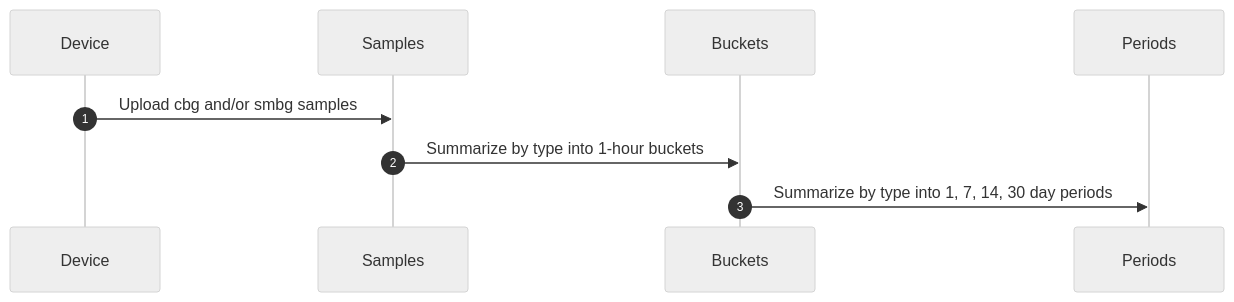
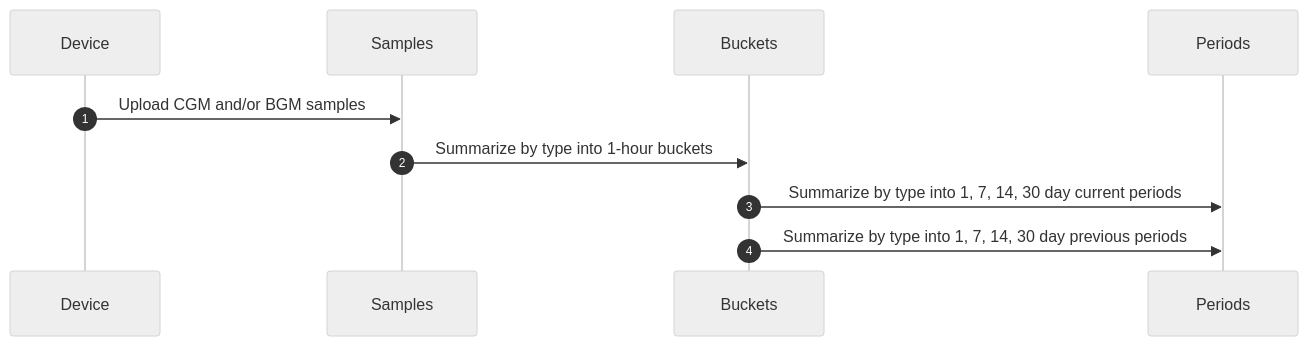
One commit to tidepool-org/TidepoolApi changed the second of 3 diagrams in docs/summary-data.md. Above: the diagram before and after it, drawn with Mermaid (neutral theme). The commit also changed other lines of this file, not shown here.

First line of the commit message:
Updated to show process for calculating 60 day periods (#87)

````diff
--- a/docs/summary-data.md
+++ b/docs/summary-data.md
@@ -53,12 +54,13 @@
 ```mermaid
 sequenceDiagram
    autonumber
    participant Device as Device
    participant Samples as Samples
    participant Buckets as Buckets
    participant Periods as Periods
 
-   Device->>Samples: Upload cbg and/or smbg samples
+   Device->>Samples: Upload CGM and/or BGM samples
    Samples->>Buckets: Summarize by type into 1-hour buckets
-   Buckets->>Periods: Summarize by type into 1, 7, 14, 30 day periods
+   Buckets->>Periods: Summarize by type into 1, 7, 14, 30 day current periods
+   Buckets->>Periods: Summarize by type into 1, 7, 14, 30 day previous periods
 ```
````
